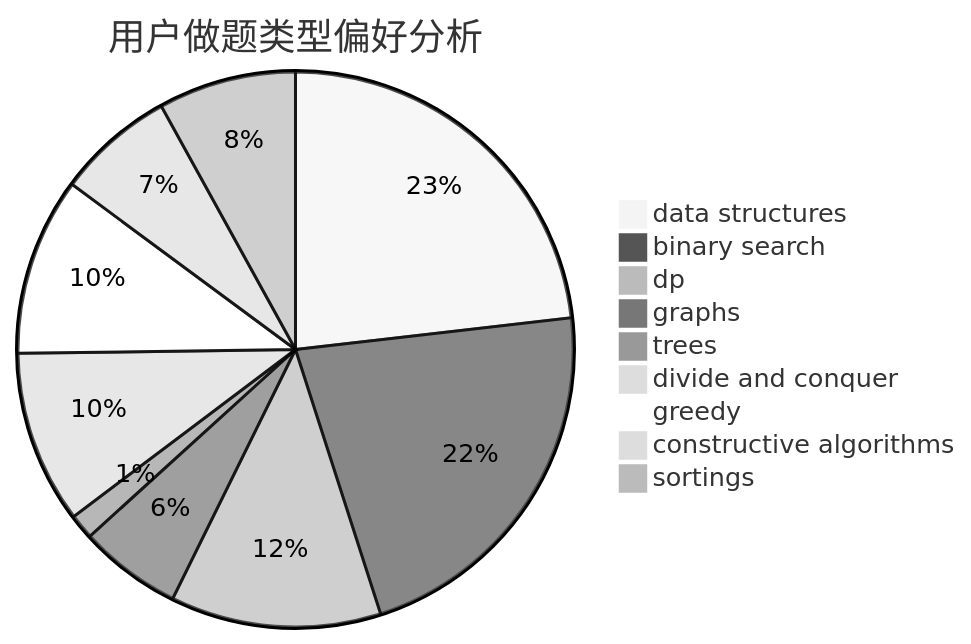
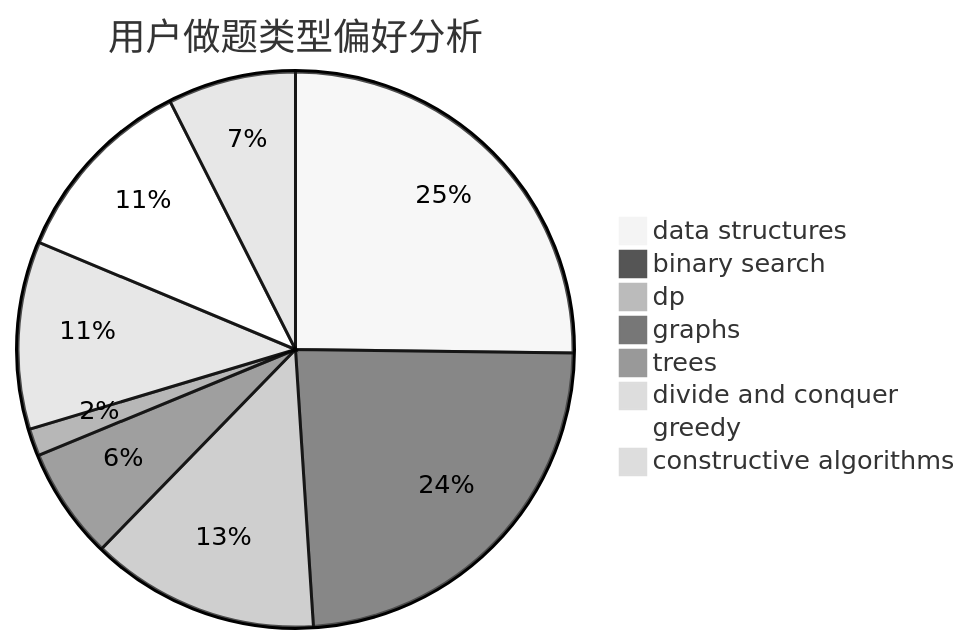
One commit to sherpahu/cfrs.github.io changed the second of 3 diagrams in docs/user/u1260.md. Above: the diagram before and after it, drawn with Mermaid (neutral theme). The commit also changed other lines of this file and 2769 other files, not shown here.

````diff
--- a/docs/user/u1260.md
+++ b/docs/user/u1260.md
@@ -18,12 +18,11 @@
 ```mermaid
 pie title 用户做题类型偏好分析
     "data structures" :  159
     "binary search" :  150
     "dp" :  84
     "graphs" :  41
     "trees" :  10
     "divide and conquer" :  69
     "greedy" :  71
     "constructive algorithms" :  47
-    "sortings" :  55
 ```
````
